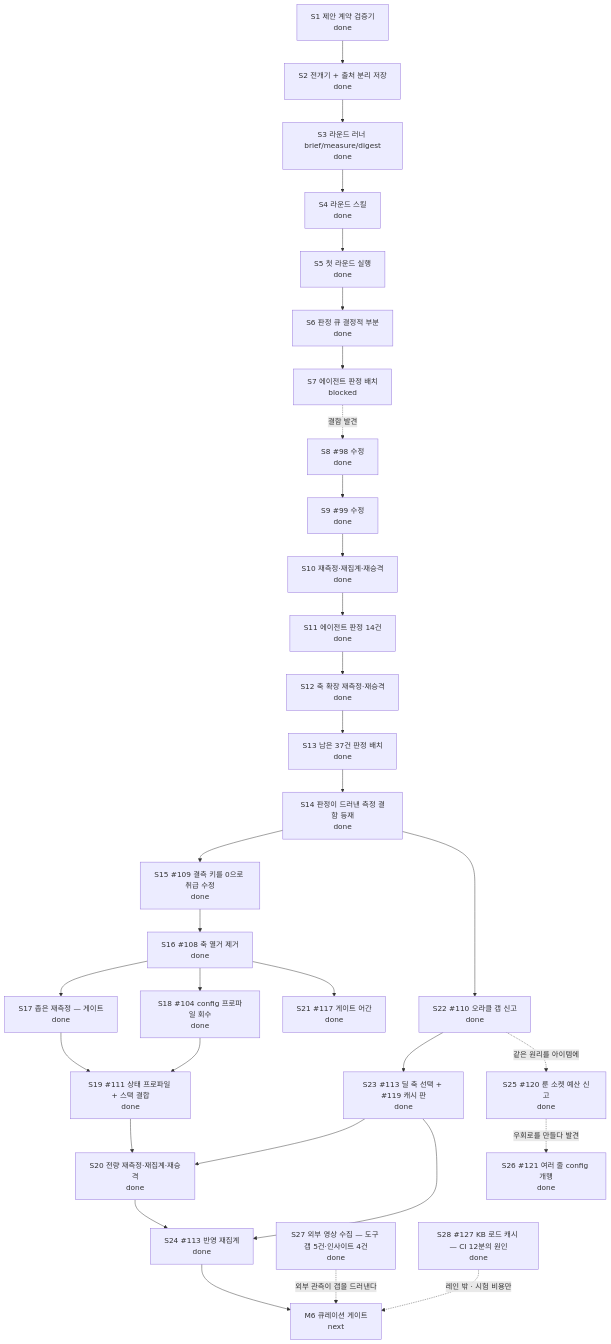
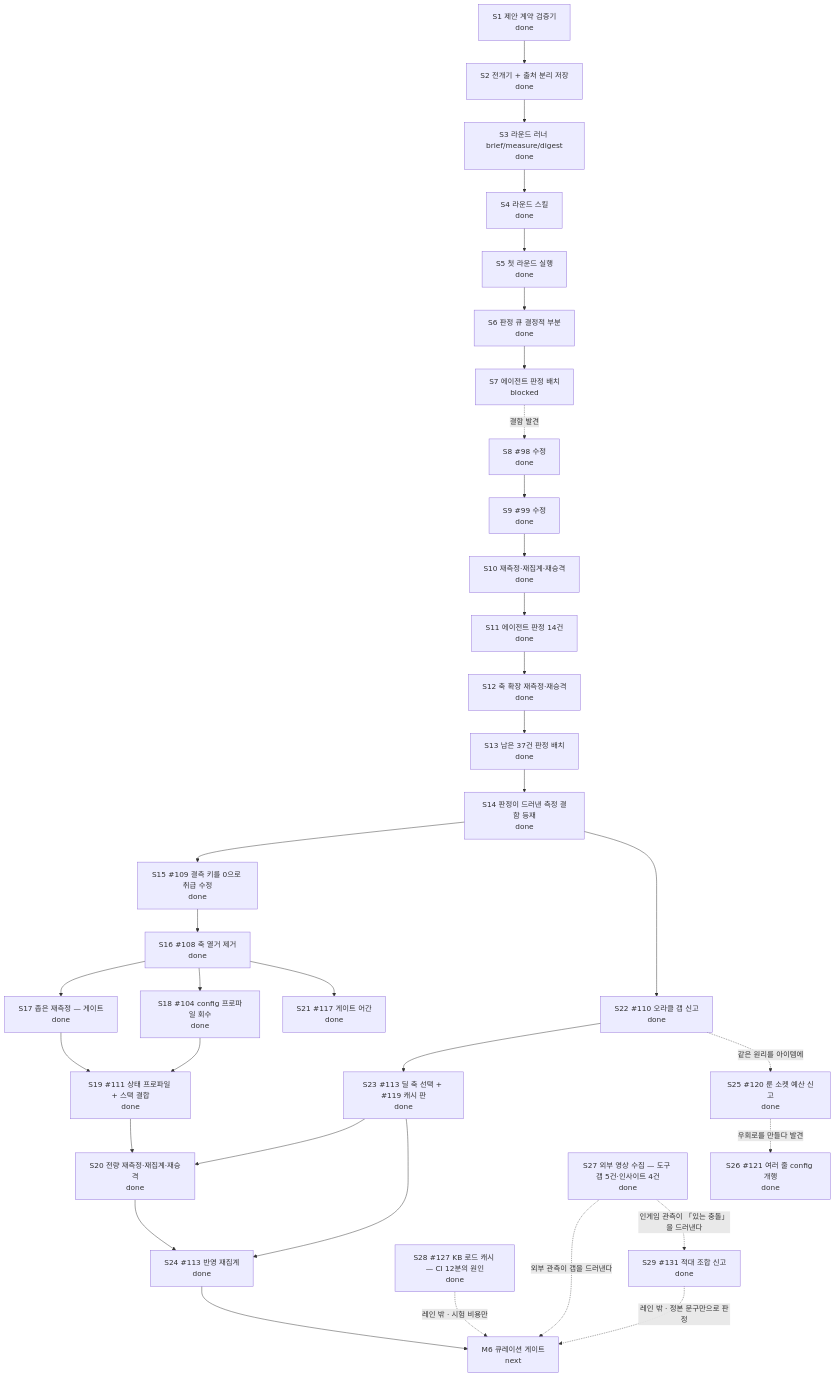
One commit to skerfolg/poe2-ai-wiki changed the diagram in docs/CURRENT-PLAN.md. Above: the diagram before and after it, drawn with Mermaid. The commit also changed other lines of this file and 7 other files, not shown here.

````diff
--- a/docs/CURRENT-PLAN.md
+++ b/docs/CURRENT-PLAN.md
@@ -23,46 +23,49 @@
 ```mermaid
 flowchart TD
   CONTRACT[S1 제안 계약 검증기<br/>done]
   FLOW[S2 전개기 + 출처 분리 저장<br/>done]
   ROUND[S3 라운드 러너 brief/measure/digest<br/>done]
   SKILL[S4 라운드 스킬<br/>done]
   FIRST[S5 첫 라운드 실행<br/>done]
   NECESS[S6 판정 큐 결정적 부분<br/>done]
   JUDGE[S7 에이전트 판정 배치<br/>blocked]
   FIX[S8 #98 수정<br/>done]
   REMEAS[S9 #99 수정<br/>done]
   REAGG[S10 재측정·재집계·재승격<br/>done]
   RESUME[S11 에이전트 판정 14건<br/>done]
   AXES[S12 축 확장 재측정·재승격<br/>done]
   NEXT2[S13 남은 37건 판정 배치<br/>done]
   DEF[S14 판정이 드러낸 측정 결함 등재<br/>done]
   FIXDELTA[S15 #109 결측 키를 0으로 취급 수정<br/>done]
   WIDEN[S16 #108 축 열거 제거<br/>done]
   NARROW[S17 좁은 재측정 — 게이트<br/>done]
   CFG[S18 #104 config 프로파일 회수<br/>done]
   CPL[S19 #111 상태 프로파일 + 스택 결합<br/>done]
   FULL[S20 전량 재측정·재집계·재승격<br/>done]
   STEM[S21 #117 게이트 어간<br/>done]
   ORACLE[S22 #110 오라클 갭 신고<br/>done]
   AXIS[S23 #113 딜 축 선택 + #119 캐시 판<br/>done]
   REAGG2[S24 #113 반영 재집계<br/>done]
   SOCKET[S25 #120 룬 소켓 예산 신고<br/>done]
   ATTR[S26 #121 여러 줄 config 개행<br/>done]
   EXT[S27 외부 영상 수집 — 도구 갭 5건·인사이트 4건<br/>done]
   CI[S28 #127 KB 로드 캐시 — CI 12분의 원인<br/>done]
+  ANTAG[S29 #131 적대 조합 신고<br/>done]
   M6[M6 큐레이션 게이트<br/>next]
   CONTRACT --> FLOW --> ROUND --> SKILL --> FIRST --> NECESS --> JUDGE
   JUDGE -. 결함 발견 .-> FIX --> REMEAS --> REAGG --> RESUME --> AXES --> NEXT2
   NEXT2 --> DEF --> FIXDELTA --> WIDEN --> NARROW --> CPL --> FULL
   WIDEN --> CFG --> CPL
   WIDEN --> STEM
   DEF --> ORACLE
   ORACLE --> AXIS --> FULL
   FULL --> REAGG2
   AXIS --> REAGG2
   REAGG2 --> M6
   ORACLE -. 같은 원리를 아이템에 .-> SOCKET
   SOCKET -. 우회로를 만들다 발견 .-> ATTR
   EXT -. 외부 관측이 갭을 드러낸다 .-> M6
   CI -. 레인 밖 · 시험 비용만 .-> M6
+  EXT -. 인게임 관측이 「있는 충돌」을 드러낸다 .-> ANTAG
+  ANTAG -. 레인 밖 · 정본 문구만으로 판정 .-> M6
 ```
````
